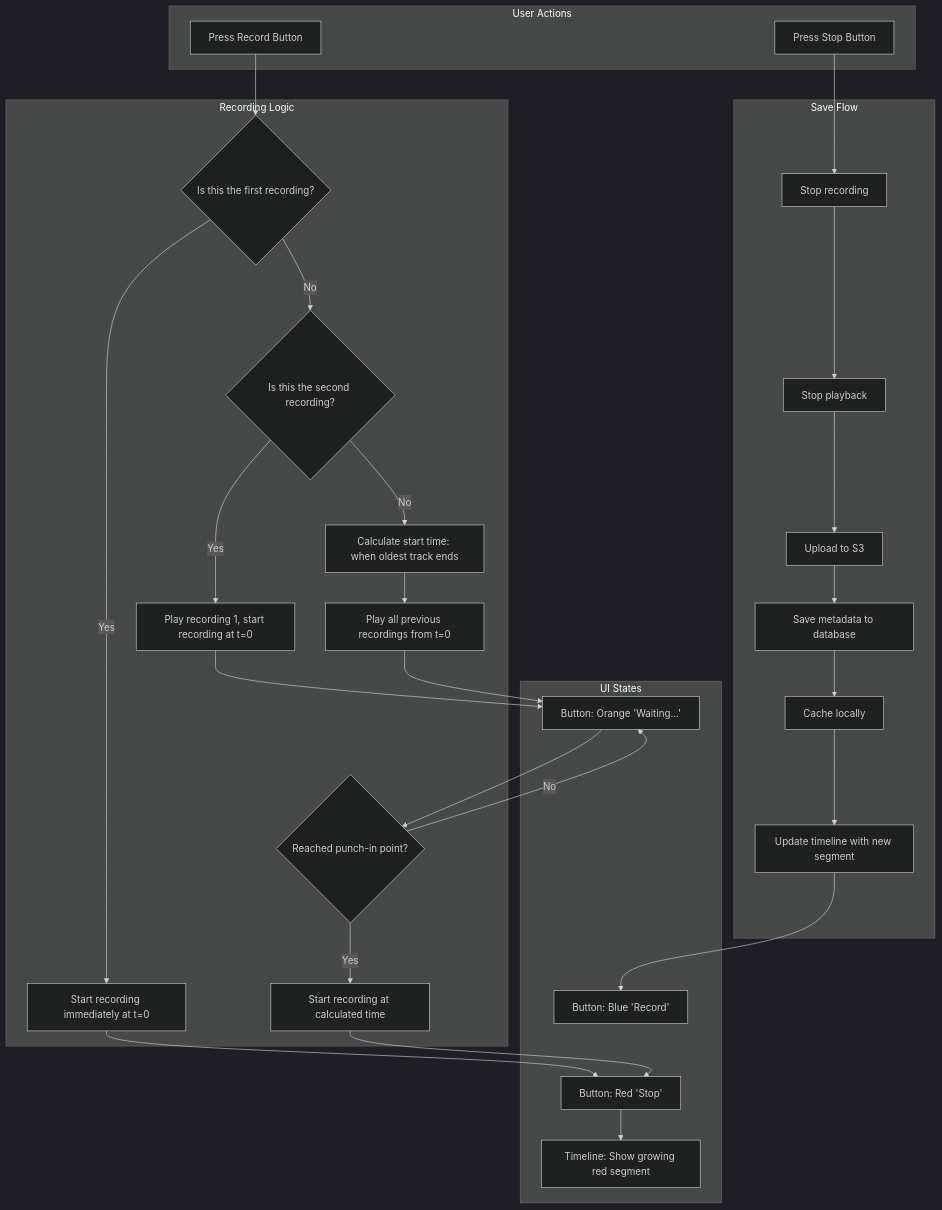
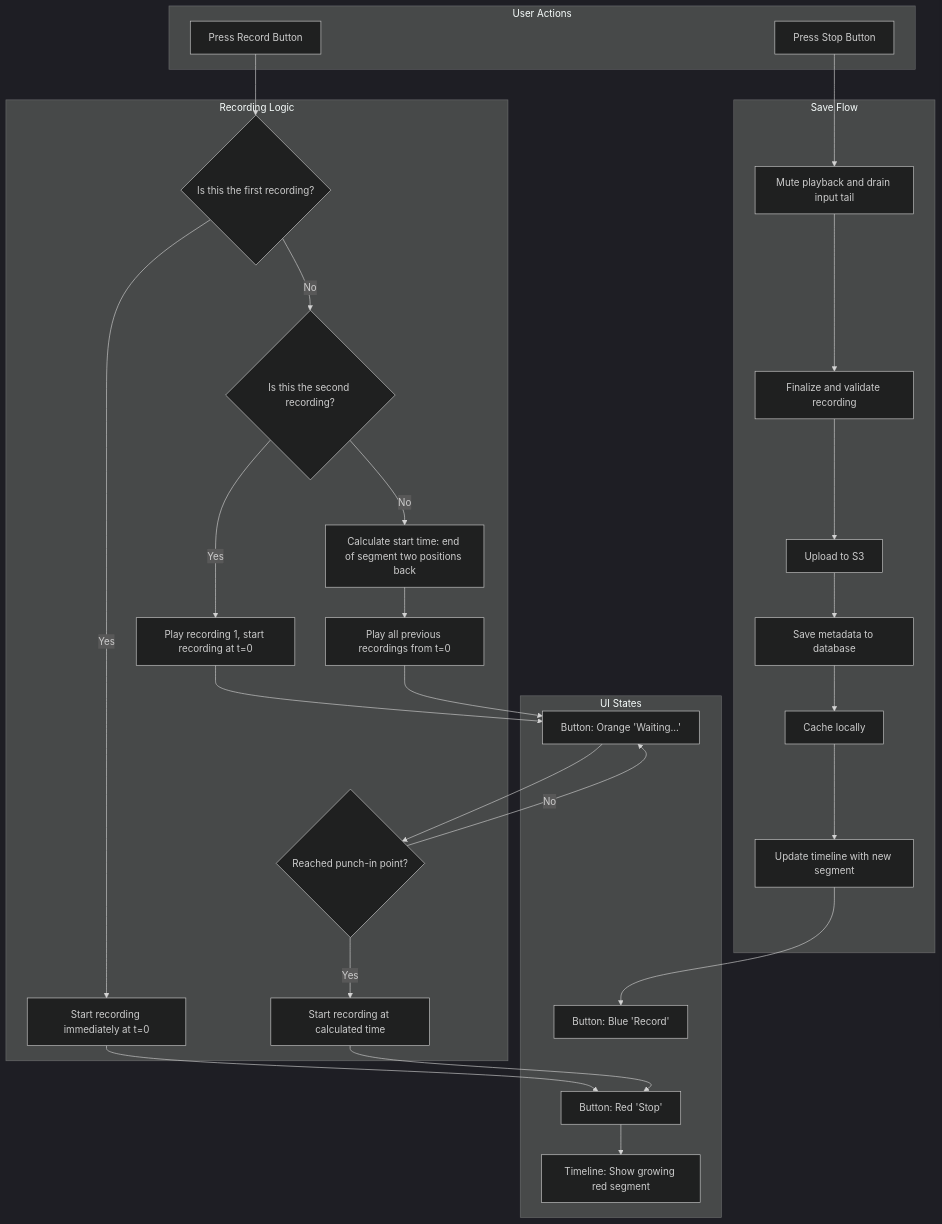
Before and after one commit to shantamg/tap-story: the first of 2 diagrams in README.md, drawn with Mermaid (dark theme). The commit also changed other lines of this file and 69 other files, not shown here.

First line of the commit message:
feat(audio): native full-duplex engine rewrite for exact timeline sync

````diff
--- a/README.md
+++ b/README.md
@@ -196,60 +196,60 @@
 ```mermaid
 flowchart TD
     subgraph User Actions
         A[Press Record Button]
         B[Press Stop Button]
     end
 
     subgraph Recording Logic
         C{Is this the first recording?}
         D[Start recording immediately at t=0]
         E{Is this the second recording?}
         F[Play recording 1, start recording at t=0]
-        G[Calculate start time: when oldest track ends]
+        G[Calculate start time: end of segment two positions back]
         H[Play all previous recordings from t=0]
         I{Reached punch-in point?}
         J[Start recording at calculated time]
     end
 
     subgraph UI States
         K[Button: Blue 'Record']
         L[Button: Orange 'Waiting...']
         M[Button: Red 'Stop']
         N[Timeline: Show growing red segment]
     end
 
     subgraph Save Flow
-        O[Stop recording]
-        P[Stop playback]
+        O[Mute playback and drain input tail]
+        P[Finalize and validate recording]
         Q[Upload to S3]
         R[Save metadata to database]
         S[Cache locally]
         T[Update timeline with new segment]
     end
 
     A --> C
     C -->|Yes| D
     C -->|No| E
     E -->|Yes| F
     E -->|No| G
     G --> H
 
     D --> M
     F --> L
     H --> L
 
     L --> I
     I -->|No| L
     I -->|Yes| J
     J --> M
 
     M --> N
 
     B --> O
     O --> P
     P --> Q
     Q --> R
     R --> S
     S --> T
     T --> K
 ```
````
